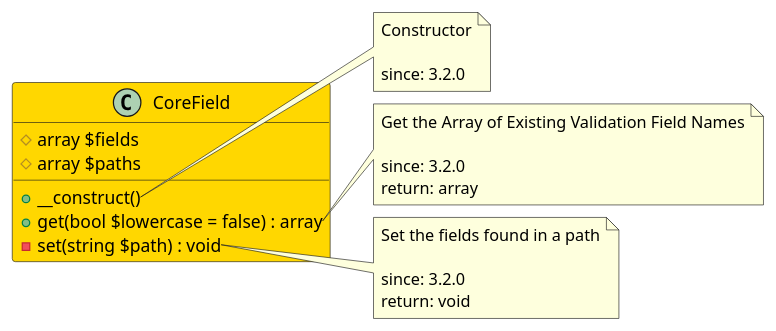
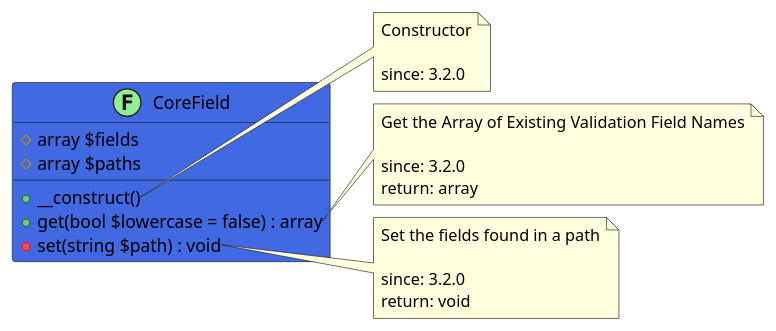
The diagram in src/c6818275-cdf7-4fce-a365-90d95a77a71c/README.md (joomengine/jcb-compiler), drawn with PlantUML before and after one commit. The commit also changed other lines of this file and 232 other files, not shown here.

````diff
--- a/src/c6818275-cdf7-4fce-a365-90d95a77a71c/README.md
+++ b/src/c6818275-cdf7-4fce-a365-90d95a77a71c/README.md
@@ -11,32 +11,32 @@
 ```uml
 @startuml
-class CoreField  #Gold {
+class CoreField << (F,LightGreen) >> #RoyalBlue {
   # array $fields
   # array $paths
   + __construct()
   + get(bool $lowercase = false) : array
   - set(string $path) : void
 }
 
 note right of CoreField::__construct
   Constructor
 
   since: 3.2.0
 end note
 
 note right of CoreField::get
   Get the Array of Existing Validation Field Names
 
   since: 3.2.0
   return: array
 end note
 
 note right of CoreField::set
   Set the fields found in a path
 
   since: 3.2.0
   return: void
 end note
  
 @enduml
 ```
````
